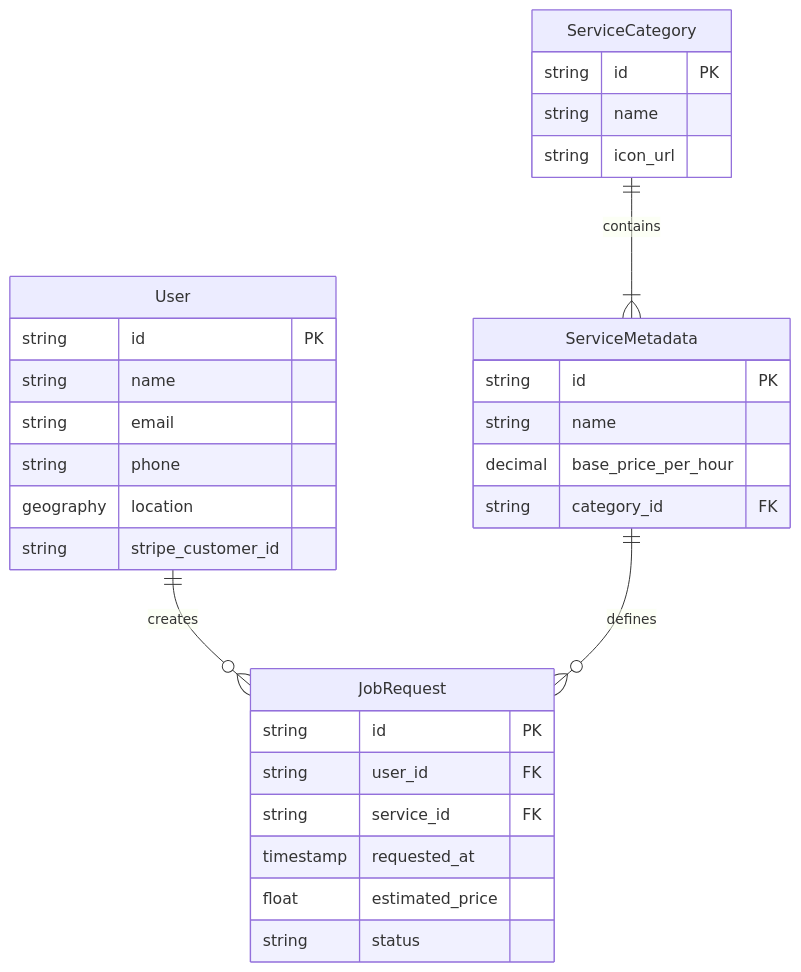
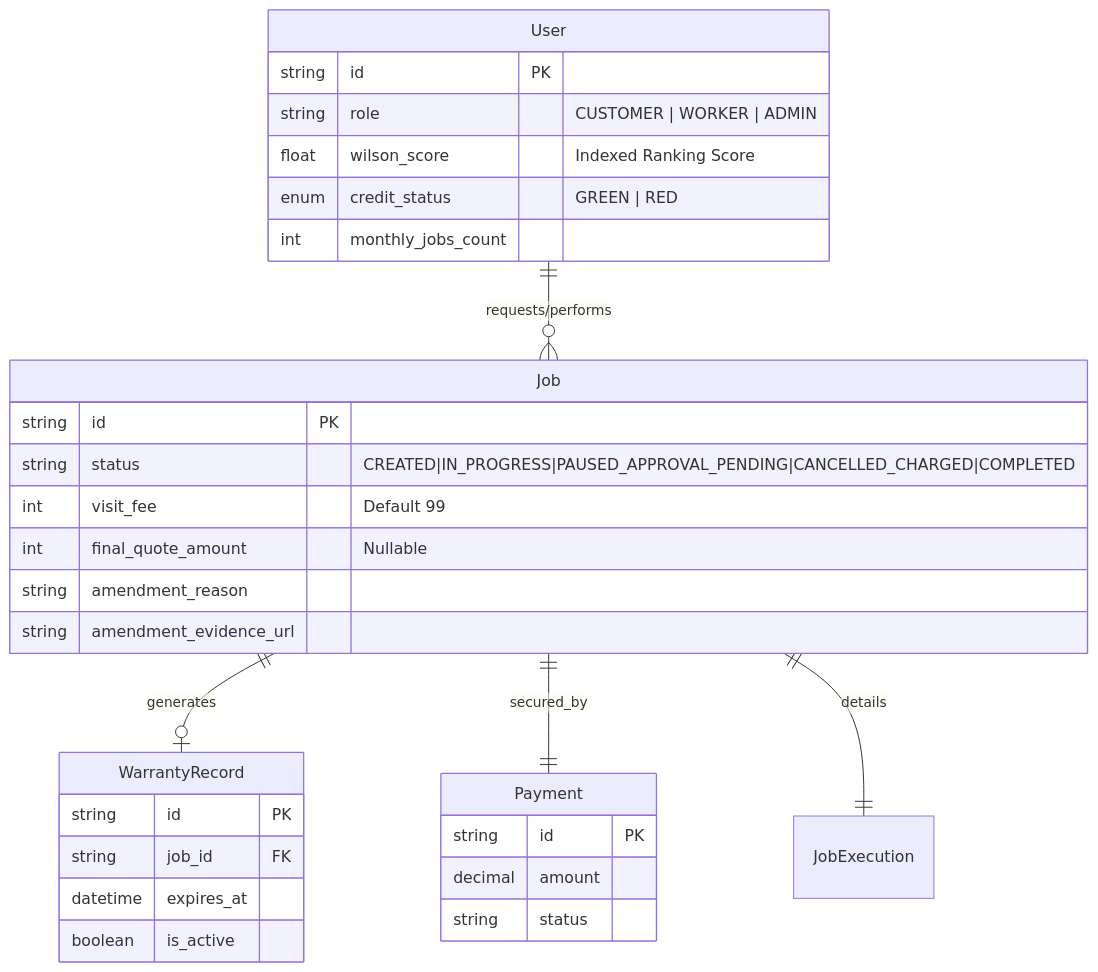
Before and after one commit to Somilg11/oddigo-v2: the first of 2 diagrams in docs_detailed_flows/detailed/ER_DIAGRAMS.md, drawn with Mermaid. The commit also changed other lines of this file and 4 other files, not shown here.

````diff
--- a/docs_detailed_flows/detailed/ER_DIAGRAMS.md
+++ b/docs_detailed_flows/detailed/ER_DIAGRAMS.md
@@ -9,37 +9,38 @@
 ```mermaid
 erDiagram
     User {
         string id PK
-        string name
-        string email
-        string phone
-        geography location
-        string stripe_customer_id
+        string role "CUSTOMER | WORKER | ADMIN"
+        float wilson_score "Indexed Ranking Score"
+        enum credit_status "GREEN | RED"
+        int monthly_jobs_count
     }
 
-    ServiceCategory {
+    Job {
         string id PK
-        string name
-        string icon_url
+        string status "CREATED|IN_PROGRESS|PAUSED_APPROVAL_PENDING|CANCELLED_CHARGED|COMPLETED"
+        int visit_fee "Default 99"
+        int final_quote_amount "Nullable"
+        string amendment_reason
+        string amendment_evidence_url
+    }
+    
+    WarrantyRecord {
+        string id PK
+        string job_id FK
+        datetime expires_at
+        boolean is_active
     }
 
-    ServiceMetadata {
+    User ||--o{ Job : "requests/performs"
+    Job ||--o| WarrantyRecord : "generates"
+    
+    Job ||--|| Payment : "secured_by"
+    Job ||--|| JobExecution : "details"
+    
+    Payment {
         string id PK
-        string name
-        decimal base_price_per_hour
-        string category_id FK
-    }
-
-    JobRequest {
-        string id PK
-        string user_id FK
-        string service_id FK
-        timestamp requested_at
-        float estimated_price
+        decimal amount
         string status
     }
-
-    User ||--o{ JobRequest : creates
-    ServiceCategory ||--|{ ServiceMetadata : contains
-    ServiceMetadata ||--o{ JobRequest : defines
 ```
````
